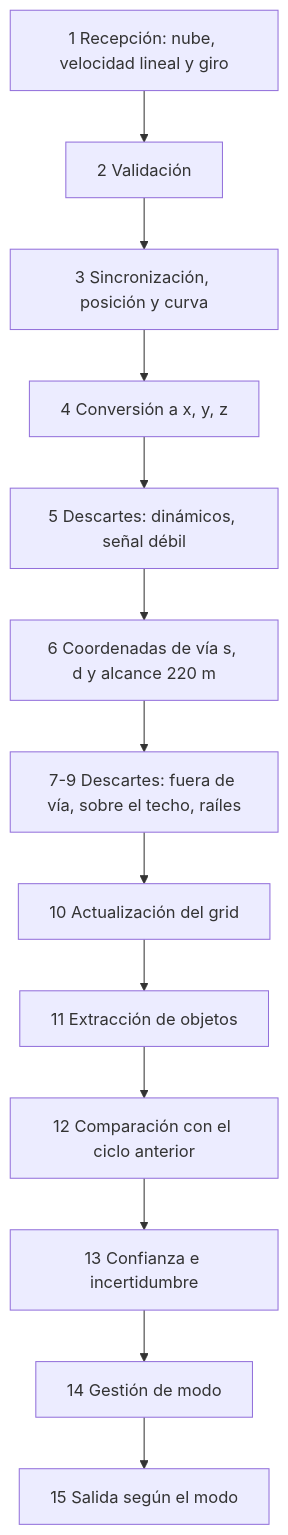
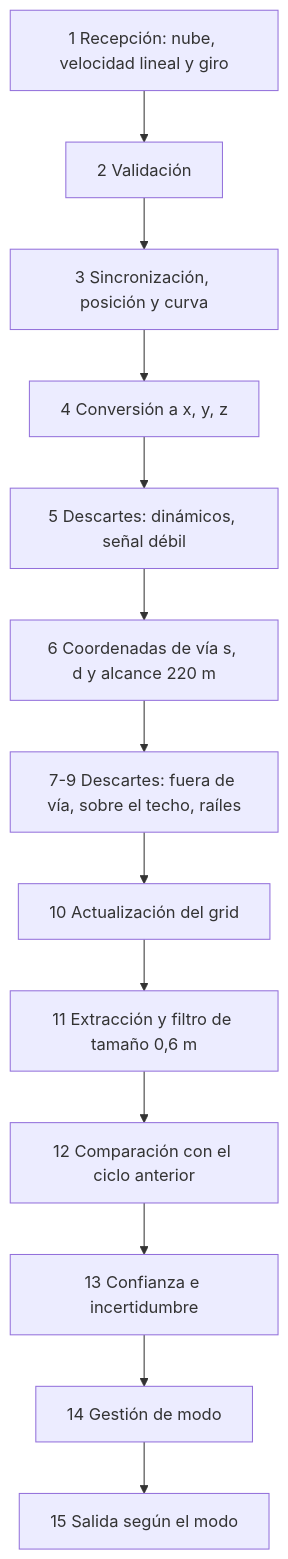
One commit to buzondealiciagarcia-cmyk/prueba-tecnica-saf changed the diagram in docs/02-diseno/diagramas/arquitectura-sw.mmd. Above: the diagram before and after it, drawn with Mermaid. The commit also changed 5 other files, not shown here.

```diff
--- a/docs/02-diseno/diagramas/arquitectura-sw.mmd
+++ b/docs/02-diseno/diagramas/arquitectura-sw.mmd
@@ -1,13 +1,13 @@
 flowchart TB
   A[1 Recepción: nube, velocidad lineal y giro] --> B[2 Validación]
   B --> C[3 Sincronización, posición y curva]
   C --> D[4 Conversión a x, y, z]
   D --> E[5 Descartes: dinámicos, señal débil]
   E --> F[6 Coordenadas de vía s, d y alcance 220 m]
   F --> G[7-9 Descartes: fuera de vía, sobre el techo, raíles]
   G --> H[10 Actualización del grid]:::hl
-  H --> I[11 Extracción de objetos]
+  H --> I[11 Extracción y filtro de tamaño 0,6 m]
   I --> J[12 Comparación con el ciclo anterior]
   J --> K[13 Confianza e incertidumbre]
   K --> L[14 Gestión de modo]
   L --> M[15 Salida según el modo]
```
